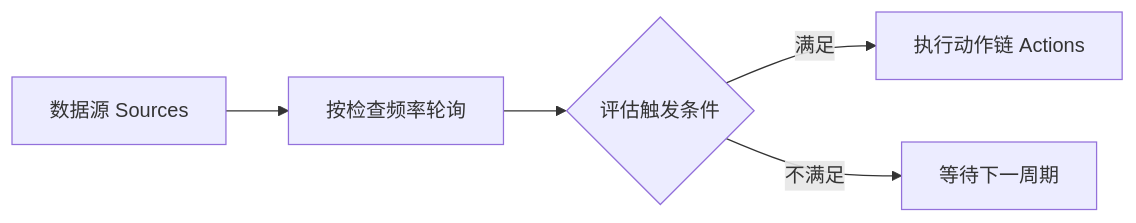
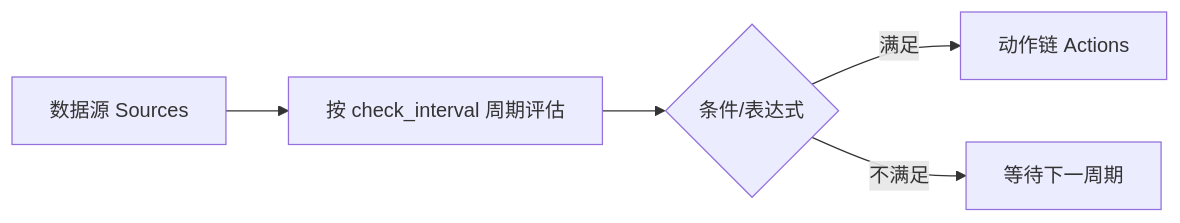
The diagram in docs/edge/边缘计算规则帮助.md (anviod/edgex), drawn with Mermaid before and after one commit. The commit also changed other lines of this file and 9 other files, not shown here.

````diff
--- a/docs/edge/边缘计算规则帮助.md
+++ b/docs/edge/边缘计算规则帮助.md
@@ -27,7 +23,7 @@
 ```mermaid
 flowchart LR
-  A[数据源 Sources] --> B[按检查频率轮询]
-  B --> C{评估触发条件}
-  C -->|满足| D[执行动作链 Actions]
+  A[数据源 Sources] --> B[按 check_interval 周期评估]
+  B --> C{条件/表达式}
+  C -->|满足| D[动作链 Actions]
   C -->|不满足| E[等待下一周期]
 ```
````
